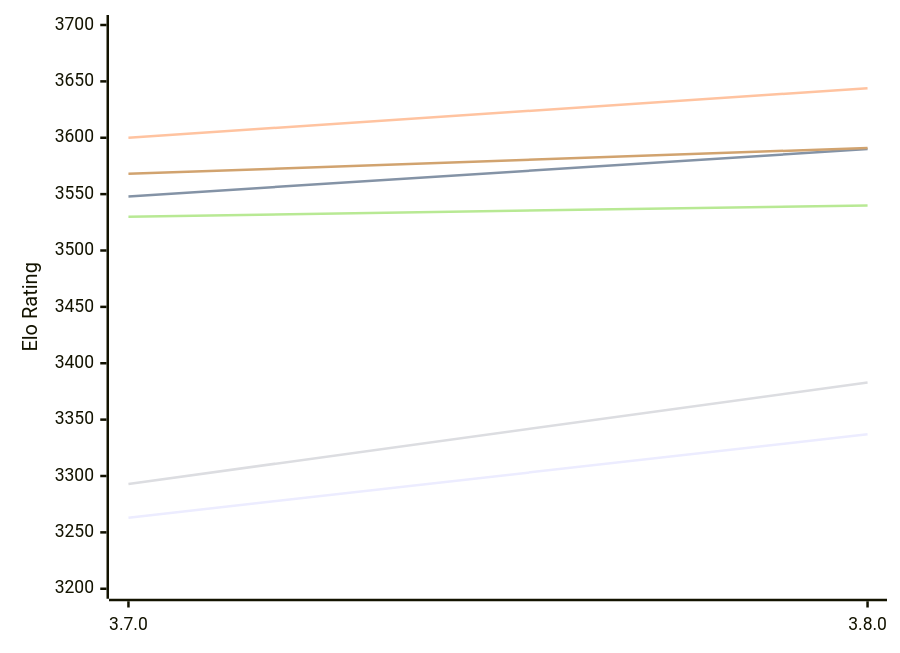
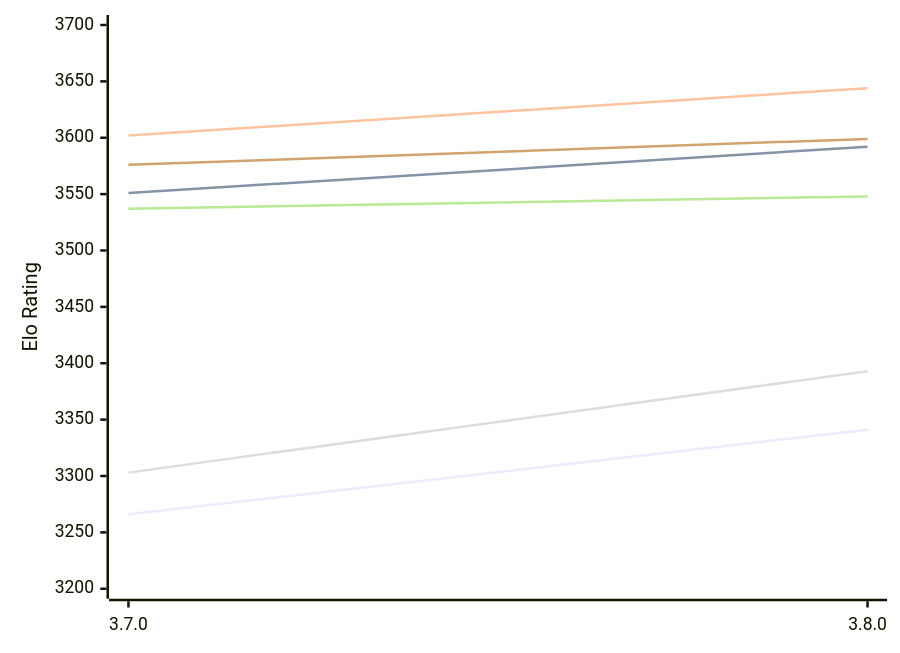
The first of 2 diagrams in engines/Igel.md (computer-chess-index/cci), drawn with Mermaid before and after one commit. The commit also changed other lines of this file, not shown here.

Commit message:
Update CCI Ratings (ELO VLTC) - 2026-11-25

````diff
--- a/engines/Igel.md
+++ b/engines/Igel.md
@@ -51,12 +51,12 @@
 ```mermaid
 %%{init: {"theme":"base","themeVariables":{"seriesColors:['#a3a3a3','#222221','#faa371']}}}%%
 xychart-beta
   x-axis ["3.7.0", "3.8.0"]
   y-axis "Elo Rating" 3200 --> 3700
-  line "E1: STC (8.0+0.08s)" [3263, 3337]
-  line "E1: LTC (60.0+0.60s)" [3548, 3590]
-  line "E1: VLTC (2m24s+1.12s)" [3600, 3644]
-  line "P1: STC (8.0+0.08s)" [3293, 3383]
-  line "P1: LTC (60.0+0.60s)" [3530, 3540]
-  line "P1: VLTC (2m24s+1.12s)" [3568, 3591]
+  line "E1: STC (8.0+0.08s)" [3266, 3341]
+  line "E1: LTC (60.0+0.60s)" [3551, 3592]
+  line "E1: VLTC (2m24s+1.12s)" [3602, 3644]
+  line "P1: STC (8.0+0.08s)" [3303, 3393]
+  line "P1: LTC (60.0+0.60s)" [3537, 3548]
+  line "P1: VLTC (2m24s+1.12s)" [3576, 3599]
 ```
````
